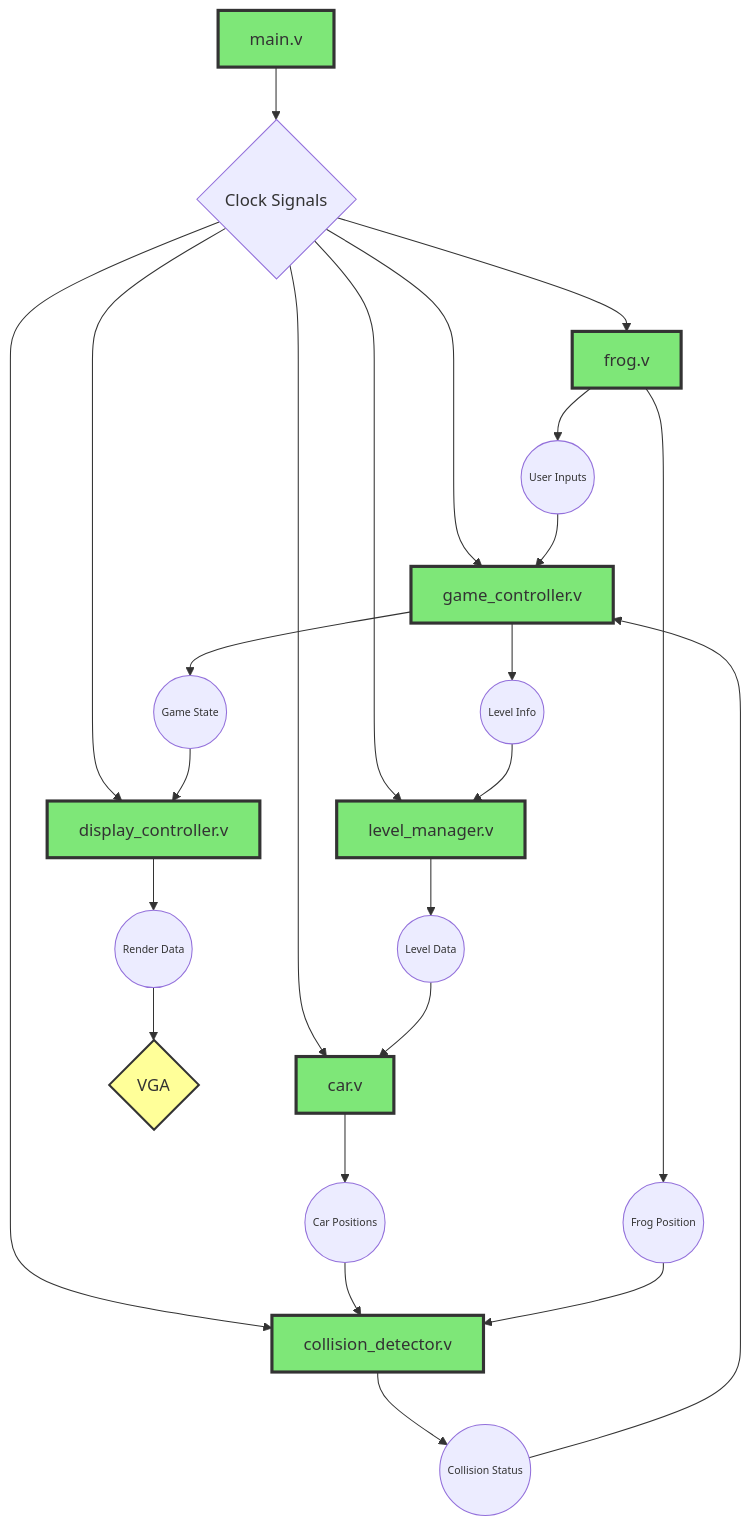
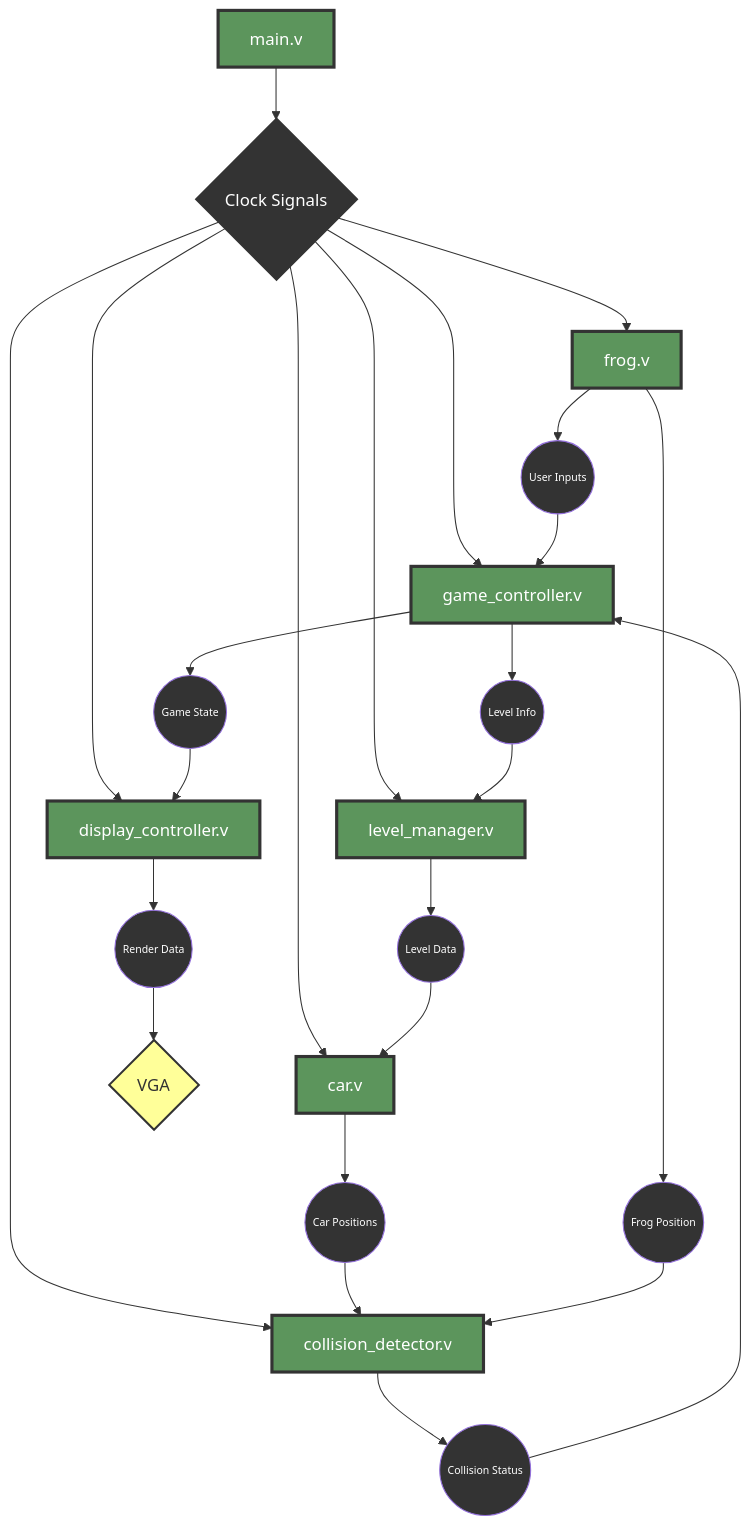
One commit to algosup/2024-2025-project-1-fpga-team-5 changed the diagram in Specification/Technical/TechnicalSpecification.md. Above: the diagram before and after it, drawn with Mermaid. The commit also changed other lines of this file, not shown here.

````diff
--- a/Specification/Technical/TechnicalSpecification.md
+++ b/Specification/Technical/TechnicalSpecification.md
@@ -259,22 +258,23 @@
 ```mermaid
 graph TD;
-      A[main.v]:::highlight -->B{Clock Signals} --> C[frog.v]:::highlight;
-      B{Clock Signals} --> D[car.v]:::highlight;
-      B{Clock Signals} --> E[game_controller.v]:::highlight;
-      B{Clock Signals} --> F[display_controller.v]:::highlight;
-      B{Clock Signals} --> G[collision_detector.v]:::highlight;
-      B{Clock Signals} --> H[level_manager.v]:::highlight;
+      A[main.v]:::highlight -->B{Clock Signals}:::grey --> C[frog.v]:::highlight;
+      B{Clock Signals}:::grey --> D[car.v]:::highlight;
+      B{Clock Signals}:::grey --> E[game_controller.v]:::highlight;
+      B{Clock Signals}:::grey --> F[display_controller.v]:::highlight;
+      B{Clock Signals}:::grey --> G[collision_detector.v]:::highlight;
+      B{Clock Signals}:::grey --> H[level_manager.v]:::highlight;
 
       C[frog.v]:::highlight -->J((User Inputs)):::small --> E[game_controller.v]:::highlight;
       D[car.v]:::highlight -->K((Car Positions)):::small --> G[collision_detector.v]:::highlight;
       C[frog.v]:::highlight -->L((Frog Position)):::small --> G[collision_detector.v]:::highlight;
       G[collision_detector.v]:::highlight -->M((Collision Status)):::small --> E[game_controller.v]:::highlight;
       E[game_controller.v]:::highlight -->N((Game State)):::small --> F[display_controller.v]:::highlight;
       E[game_controller.v]:::highlight -->P((Level Info)):::small --> H[level_manager.v]:::highlight;
       H[level_manager.v]:::highlight -->Q((Level Data)):::small --> D[car.v]:::highlight;
       F[display_controller.v]:::highlight -->R((Render Data)):::small -->I{VGA}:::vga;
 
-classDef highlight fill:#7EE778,stroke:#333,stroke-width:3px;
-classDef small font-size:10px;
+classDef highlight fill:#5C955C,stroke:#333,stroke-width:3px,color:#fff;
+classDef small fill:#333,font-size:10px,color:#fff;
 classDef vga fill:#ff9,stroke:#333,stroke-width:2px;
+classDef grey fill:#333,stroke:#333,stroke-width:3px,color:#fff;
 ```
````
